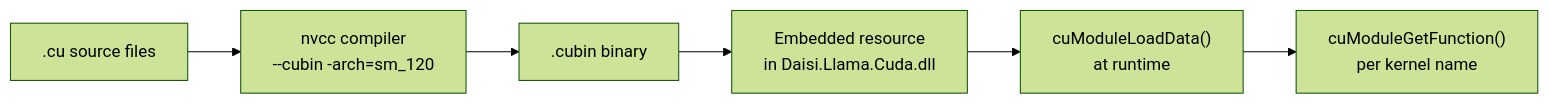
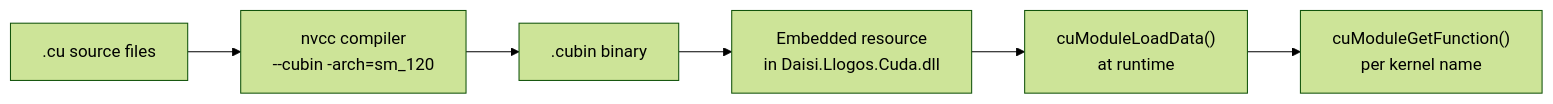
Before and after one commit to MjrTom/daisi-llogos: the third of 7 diagrams in docs/cuda-backend.md, drawn with Mermaid (forest theme). The commit also changed other lines of this file and 245 other files, not shown here.

First line of the commit message:
Rename daisi-llama to daisi-llogos across solution, projects, and namespaces

````diff
--- a/docs/cuda-backend.md
+++ b/docs/cuda-backend.md
@@ -136,11 +136,11 @@
 ```mermaid
 flowchart LR
     CU[".cu source files"]
     NVCC["nvcc compiler\n--cubin -arch=sm_120"]
     CUBIN[".cubin binary"]
-    EMBED["Embedded resource\nin Daisi.Llama.Cuda.dll"]
+    EMBED["Embedded resource\nin Daisi.Llogos.Cuda.dll"]
     LOAD["cuModuleLoadData()\nat runtime"]
     FUNC["cuModuleGetFunction()\nper kernel name"]
 
     CU --> NVCC --> CUBIN --> EMBED --> LOAD --> FUNC
 ```
````
